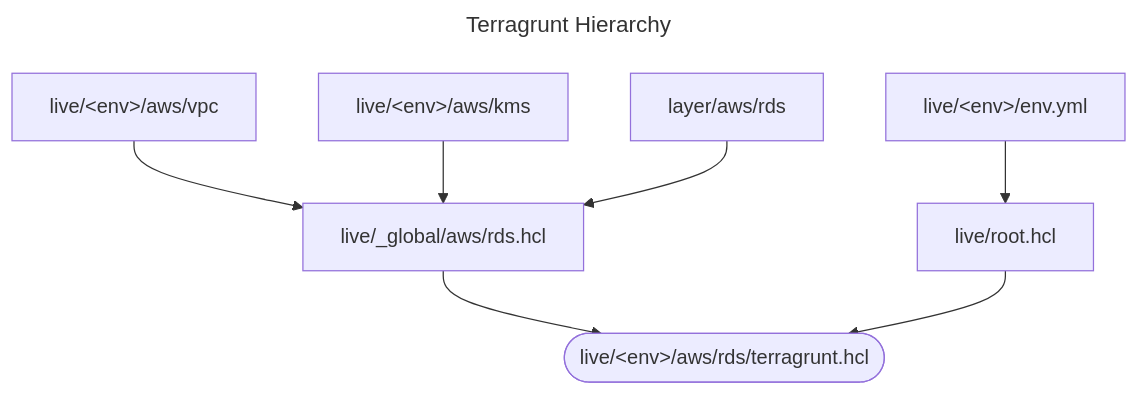
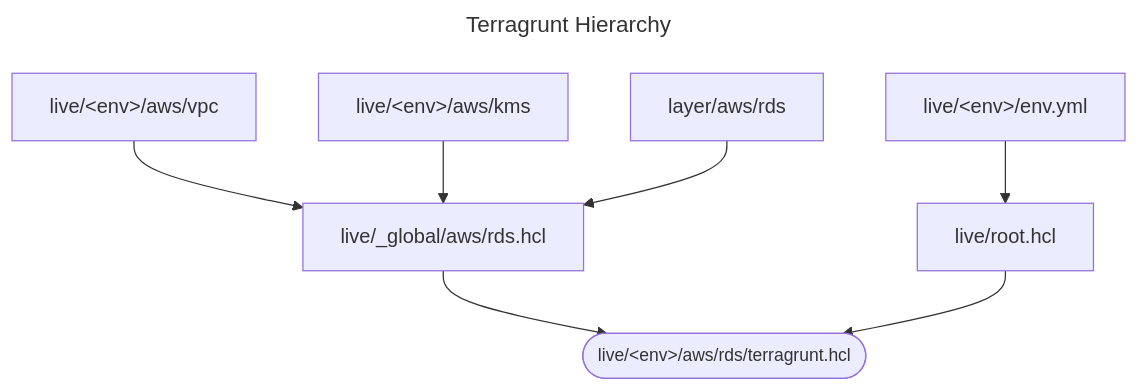
One commit to tkreque/poc changed the diagram in poc-terragrunt/README.md. Above: the diagram before and after it, drawn with Mermaid.

Commit message:
Improved the solution to avoid repetition on the Terragrunt configuration (Fixed README)

````diff
--- a/poc-terragrunt/README.md
+++ b/poc-terragrunt/README.md
@@ -75,13 +75,13 @@
 ```mermaid
 ---
 title: Terragrunt Hierarchy
 ---
 graph TD;
   B["live/_global/aws/rds.hcl"] --> A(["live/&lt;env&gt;/aws/rds/terragrunt.hcl"]):::fix;
   C["live/root.hcl"] --> A;
   D["live/&lt;env&gt;/aws/vpc"] --> B;
   E["live/&lt;env&gt;/aws/kms"] --> B;
   F["layer/aws/rds"] --> B;
   G["live/&lt;env&gt;/env.yml"] --> C;
-  classDef fix font-size:16px;
+  classDef fix font-size:14px;
 ```
````
